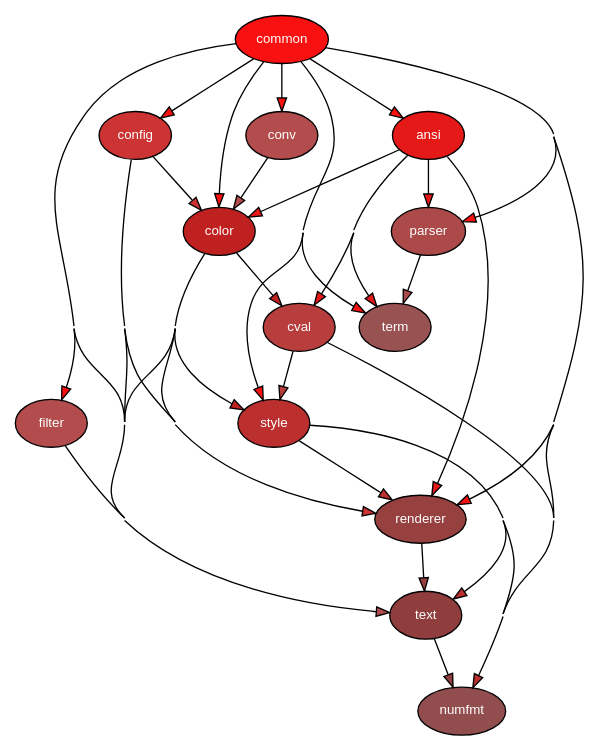
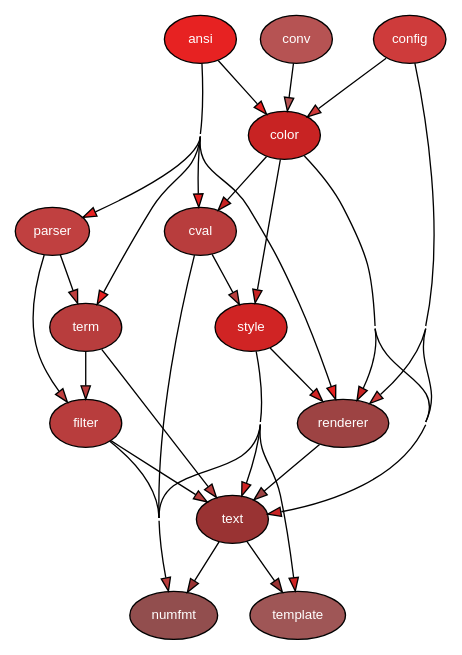
One commit to delameter/pytermor changed the diagram in docs/generated/module.dot. Above: the diagram before and after it, drawn with Graphviz. The commit also changed 61 other files, not shown here.

```diff
--- a/docs/generated/module.dot
+++ b/docs/generated/module.dot
@@ -1,54 +1,49 @@
 
 digraph G {
     concentrate = true;
 
     rankdir = TB;
     node [style=filled,fillcolor="#ffffff",fontcolor="#000000",fontname=Helvetica,fontsize=10];
 
-    pytermor_ansi [fillcolor="#e61919",fontcolor="#ffffff",label="ansi"];
-    pytermor_color [fillcolor="#bf2121",fontcolor="#ffffff",label="color"];
-    pytermor_common [fillcolor="#f91010",fontcolor="#ffffff",label="common"];
-    pytermor_config [fillcolor="#cc3333",fontcolor="#ffffff",label="config"];
-    pytermor_conv [fillcolor="#b34c4c",fontcolor="#ffffff",label="conv"];
+    pytermor_ansi [fillcolor="#e72222",fontcolor="#ffffff",label="ansi"];
+    pytermor_color [fillcolor="#c82323",fontcolor="#ffffff",label="color"];
+    pytermor_config [fillcolor="#ce3b3b",fontcolor="#ffffff",label="config"];
+    pytermor_conv [fillcolor="#b65353",fontcolor="#ffffff",label="conv"];
     pytermor_cval [fillcolor="#b83d3d",fontcolor="#ffffff",label="cval"];
-    pytermor_filter [fillcolor="#b34c4c",fontcolor="#ffffff",label="filter"];
+    pytermor_filter [fillcolor="#b83d3d",fontcolor="#ffffff",label="filter"];
     pytermor_numfmt [fillcolor="#924e4e",fontcolor="#ffffff",label="numfmt"];
-    pytermor_parser [fillcolor="#ac4949",fontcolor="#ffffff",label="parser"];
-    pytermor_renderer [fillcolor="#964040",fontcolor="#ffffff",label="renderer"];
-    pytermor_style [fillcolor="#bc2f2f",fontcolor="#ffffff",label="style"];
-    pytermor_term [fillcolor="#995252",fontcolor="#ffffff",label="term"];
-    pytermor_text [fillcolor="#8f3d3d",fontcolor="#ffffff",label="text"];
-    pytermor_ansi -> pytermor_color [fillcolor="#e61919"];
-    pytermor_ansi -> pytermor_cval [fillcolor="#e61919"];
-    pytermor_ansi -> pytermor_parser [fillcolor="#e61919"];
-    pytermor_ansi -> pytermor_renderer [fillcolor="#e61919"];
-    pytermor_ansi -> pytermor_term [fillcolor="#e61919"];
-    pytermor_color -> pytermor_cval [fillcolor="#bf2121"];
-    pytermor_color -> pytermor_renderer [fillcolor="#bf2121"];
-    pytermor_color -> pytermor_style [fillcolor="#bf2121"];
-    pytermor_color -> pytermor_text [fillcolor="#bf2121"];
-    pytermor_common -> pytermor_ansi [fillcolor="#f91010"];
-    pytermor_common -> pytermor_color [fillcolor="#f91010"];
-    pytermor_common -> pytermor_config [fillcolor="#f91010"];
-    pytermor_common -> pytermor_conv [fillcolor="#f91010"];
-    pytermor_common -> pytermor_filter [fillcolor="#f91010"];
-    pytermor_common -> pytermor_numfmt [fillcolor="#f91010"];
-    pytermor_common -> pytermor_parser [fillcolor="#f91010"];
-    pytermor_common -> pytermor_renderer [fillcolor="#f91010"];
-    pytermor_common -> pytermor_style [fillcolor="#f91010"];
-    pytermor_common -> pytermor_term [fillcolor="#f91010"];
-    pytermor_common -> pytermor_text [fillcolor="#f91010"];
-    pytermor_config -> pytermor_color [fillcolor="#cc3333"];
-    pytermor_config -> pytermor_renderer [fillcolor="#cc3333"];
-    pytermor_config -> pytermor_text [fillcolor="#cc3333"];
-    pytermor_conv -> pytermor_color [fillcolor="#b34c4c"];
+    pytermor_parser [fillcolor="#c04040",fontcolor="#ffffff",label="parser"];
+    pytermor_renderer [fillcolor="#9d4343",fontcolor="#ffffff",label="renderer"];
+    pytermor_style [fillcolor="#d02424",fontcolor="#ffffff",label="style"];
+    pytermor_template [fillcolor="#9f5656",fontcolor="#ffffff",label="template"];
+    pytermor_term [fillcolor="#b83d3d",fontcolor="#ffffff",label="term"];
+    pytermor_text [fillcolor="#993333",fontcolor="#ffffff",label="text"];
+    pytermor_ansi -> pytermor_color [fillcolor="#e72222"];
+    pytermor_ansi -> pytermor_cval [fillcolor="#e72222"];
+    pytermor_ansi -> pytermor_parser [fillcolor="#e72222"];
+    pytermor_ansi -> pytermor_renderer [fillcolor="#e72222"];
+    pytermor_ansi -> pytermor_term [fillcolor="#e72222"];
+    pytermor_color -> pytermor_cval [fillcolor="#c82323"];
+    pytermor_color -> pytermor_renderer [fillcolor="#c82323"];
+    pytermor_color -> pytermor_style [fillcolor="#c82323"];
+    pytermor_color -> pytermor_text [fillcolor="#c82323"];
+    pytermor_config -> pytermor_color [fillcolor="#ce3b3b"];
+    pytermor_config -> pytermor_renderer [fillcolor="#ce3b3b"];
+    pytermor_config -> pytermor_text [fillcolor="#ce3b3b"];
+    pytermor_conv -> pytermor_color [fillcolor="#b65353"];
     pytermor_cval -> pytermor_numfmt [fillcolor="#b83d3d"];
     pytermor_cval -> pytermor_style [fillcolor="#b83d3d"];
-    pytermor_filter -> pytermor_text [fillcolor="#b34c4c"];
-    pytermor_parser -> pytermor_term [fillcolor="#ac4949"];
-    pytermor_renderer -> pytermor_text [fillcolor="#964040"];
-    pytermor_style -> pytermor_numfmt [fillcolor="#bc2f2f"];
-    pytermor_style -> pytermor_renderer [fillcolor="#bc2f2f"];
-    pytermor_style -> pytermor_text [fillcolor="#bc2f2f"];
-    pytermor_text -> pytermor_numfmt [fillcolor="#8f3d3d"];
+    pytermor_filter -> pytermor_numfmt [fillcolor="#b83d3d"];
+    pytermor_filter -> pytermor_text [fillcolor="#b83d3d"];
+    pytermor_parser -> pytermor_filter [fillcolor="#c04040"];
+    pytermor_parser -> pytermor_term [fillcolor="#c04040"];
+    pytermor_renderer -> pytermor_text [fillcolor="#9d4343"];
+    pytermor_style -> pytermor_numfmt [fillcolor="#d02424"];
+    pytermor_style -> pytermor_renderer [fillcolor="#d02424"];
+    pytermor_style -> pytermor_template [fillcolor="#d02424"];
+    pytermor_style -> pytermor_text [fillcolor="#d02424"];
+    pytermor_term -> pytermor_filter [fillcolor="#b83d3d"];
+    pytermor_term -> pytermor_text [fillcolor="#b83d3d"];
+    pytermor_text -> pytermor_numfmt [fillcolor="#993333"];
+    pytermor_text -> pytermor_template [fillcolor="#993333"];
 }
```
